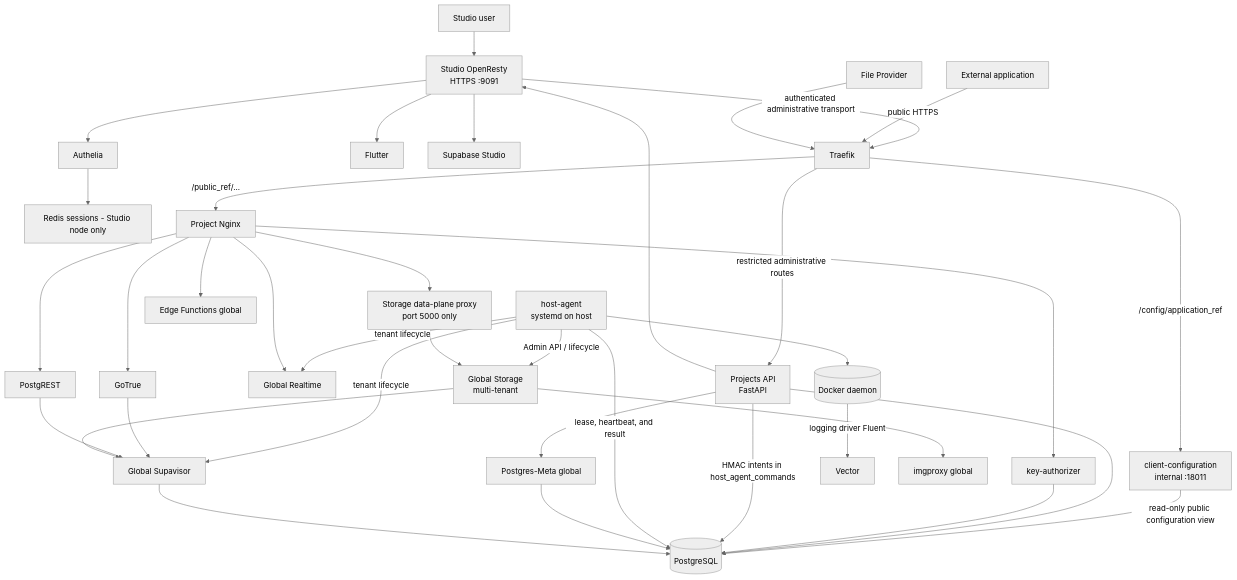
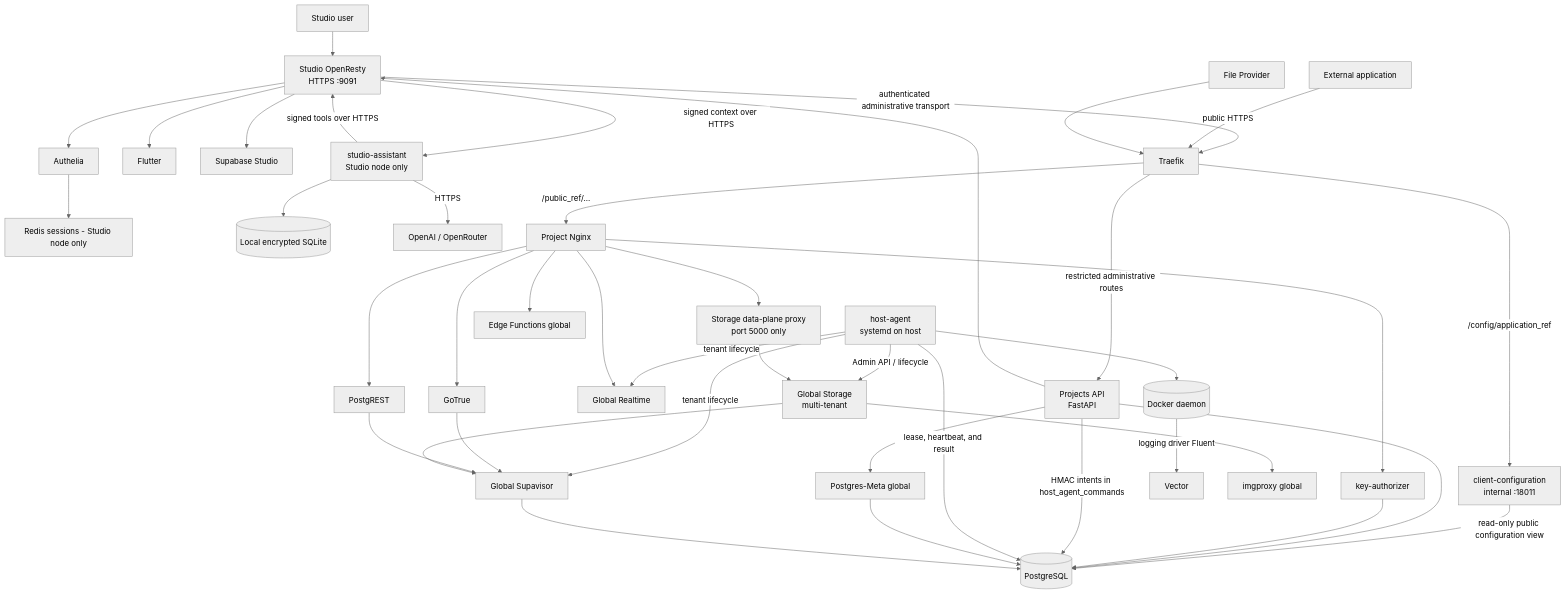
The diagram in docs/00-architecture.md (GustavoMartins123/supabase-multitenant), drawn with Mermaid (neutral theme) before and after one commit. The commit also changed other lines of this file and 48 other files, not shown here.

First line of the commit message:
feat(studio-assistant): add AI assistant service with encrypted credential storage

````diff
--- a/docs/00-architecture.md
+++ b/docs/00-architecture.md
@@ -15,47 +15,51 @@
 ```mermaid
 flowchart TB
     StudioUser[Studio user] --> StudioGateway[Studio OpenResty\nHTTPS :9091]
     StudioGateway --> Authelia[Authelia]
     Authelia --> Sessions[Redis sessions - Studio node only]
     StudioGateway --> Selector[Flutter]
     StudioGateway --> Studio[Supabase Studio]
+    StudioGateway -->|signed context over HTTPS| Assistant[studio-assistant\nStudio node only]
+    Assistant --> AssistantStore[(Local encrypted SQLite)]
+    Assistant -->|HTTPS| AIProvider[OpenAI / OpenRouter]
+    Assistant -->|signed tools over HTTPS| StudioGateway
 
     StudioGateway -->|authenticated administrative transport| Traefik[Traefik]
     ExternalApp[External application] -->|public HTTPS| Traefik
     Traefik -->|restricted administrative routes| ProjectsAPI[Projects API\nFastAPI]
     Traefik -->|/config/application_ref| ClientConfiguration[client-configuration\ninternal :18011]
     ClientConfiguration -->|read-only public configuration view| PostgreSQL
     Traefik -->|/public_ref/...| ProjectNginx[Project Nginx]
 
     ProjectsAPI --> PostgreSQL[(PostgreSQL)]
     ProjectNginx --> KeyAuthorizer[key-authorizer]
     KeyAuthorizer --> PostgreSQL
 
     ProjectsAPI -->|HMAC intents in host_agent_commands| PostgreSQL
     HostAgent[host-agent\nsystemd on host] -->|lease, heartbeat, and result| PostgreSQL
     HostAgent --> Docker[(Docker daemon)]
 
     HostAgent -->|tenant lifecycle| Realtime[Global Realtime]
     HostAgent -->|tenant lifecycle| Supavisor[Global Supavisor]
     HostAgent -->|Admin API / lifecycle| Storage[Global Storage\nmulti-tenant]
 
     ProjectsAPI --> PostgresMeta[Postgres-Meta global]
     ProjectsAPI --> StudioGateway
     PostgresMeta --> PostgreSQL
 
     DynamicConfig[File Provider] --> Traefik
     Docker -->|logging driver Fluent| Vector[Vector]
 
     ProjectNginx --> Auth[GoTrue]
     ProjectNginx --> Rest[PostgREST]
     ProjectNginx --> StorageDataPlane[Storage data-plane proxy\nport 5000 only]
     StorageDataPlane --> Storage
     Storage --> ImgProxy[imgproxy global]
     ProjectNginx --> Functions[Edge Functions global]
     ProjectNginx --> Realtime
 
     Auth --> Supavisor
     Rest --> Supavisor
     Storage --> Supavisor
     Supavisor --> PostgreSQL
 ```
````
